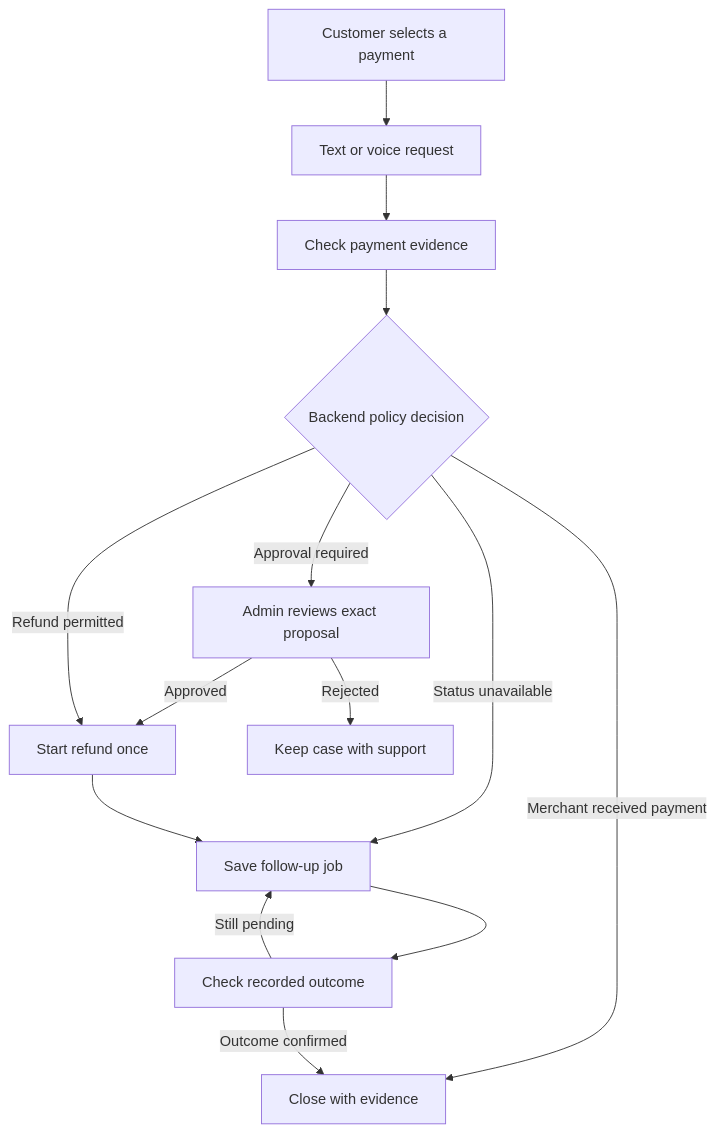
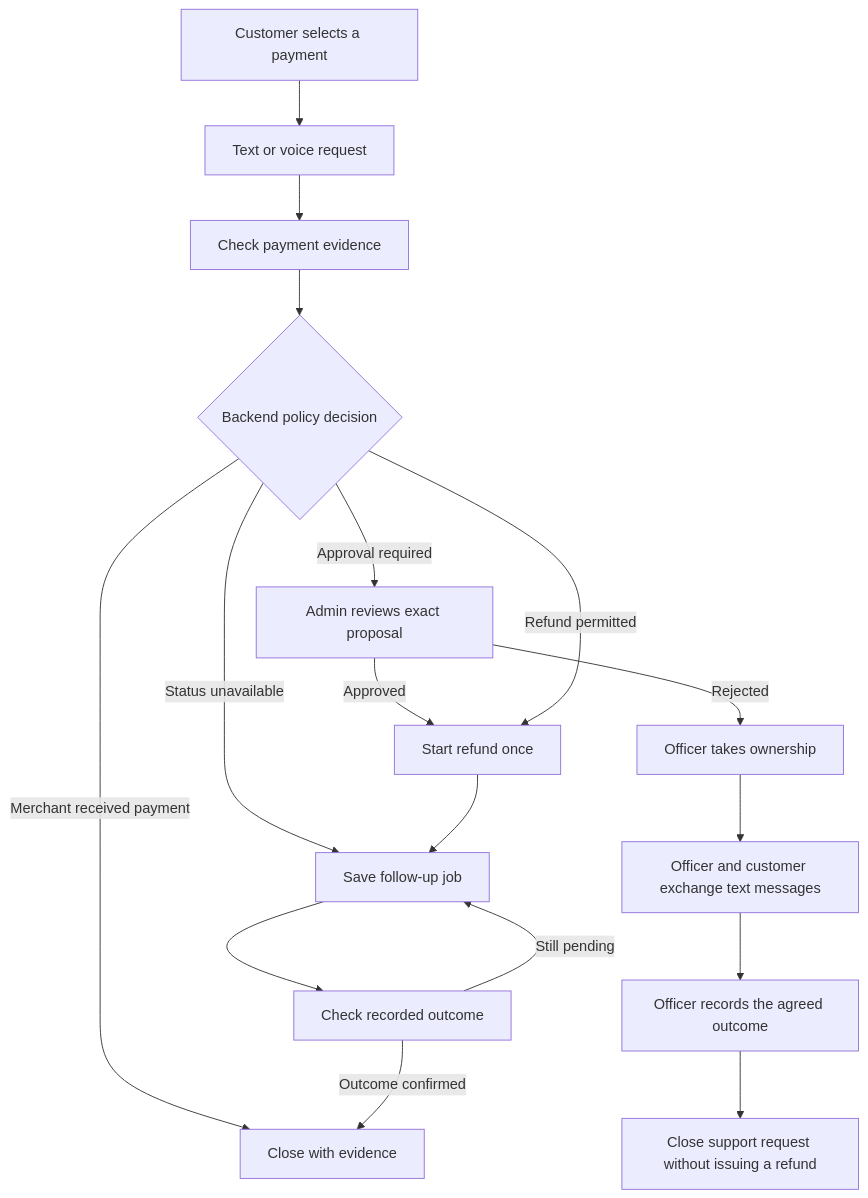
The second of 2 diagrams in README.md (sasivarnan/sahay-ai), drawn with Mermaid before and after one commit. The commit also changed other lines of this file and 26 other files, not shown here.

Commit message:
Add dedicated support case pages with floating chat and tablet layout

````diff
--- a/README.md
+++ b/README.md
@@ -175,16 +179,19 @@
 ```mermaid
 flowchart TD
     Select["Customer selects a payment"] --> Request["Text or voice request"]
     Request --> Evidence["Check payment evidence"]
     Evidence --> Decision{"Backend policy decision"}
     Decision -->|"Merchant received payment"| Close["Close with evidence"]
     Decision -->|"Approval required"| Review["Admin reviews exact proposal"]
     Review -->|"Approved"| Refund["Start refund once"]
-    Review -->|"Rejected"| Support["Keep case with support"]
+    Review -->|"Rejected"| Support["Officer takes ownership"]
+    Support --> Chat["Officer and customer exchange text messages"]
+    Chat --> Resolution["Officer records the agreed outcome"]
+    Resolution --> SupportClose["Close support request without issuing a refund"]
     Decision -->|"Refund permitted"| Refund
     Decision -->|"Status unavailable"| Wait["Save follow-up job"]
     Refund --> Wait
     Wait --> Verify["Check recorded outcome"]
     Verify -->|"Outcome confirmed"| Close
     Verify -->|"Still pending"| Wait
 ```
````
